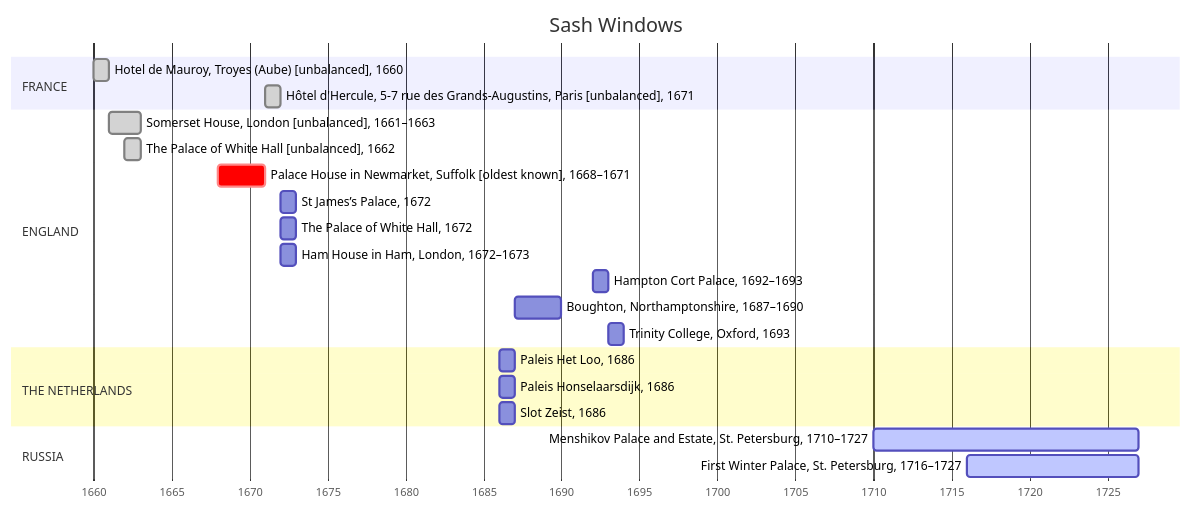
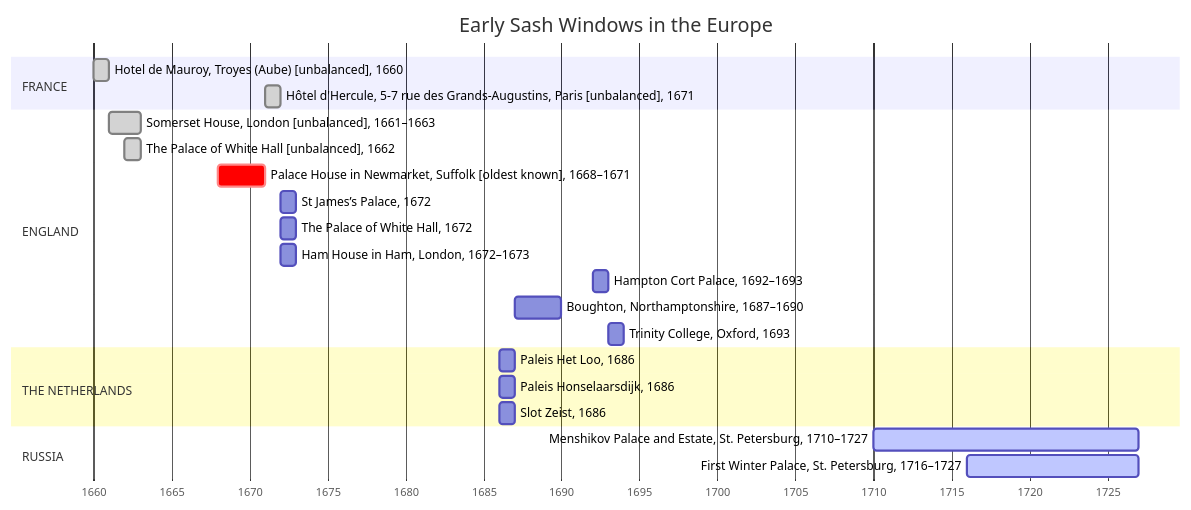
Before and after one commit to tropintropin/sash_windows: the diagram in TIMELINE_EARLY_SASH_WINDOWS.md, drawn with Mermaid. The commit also changed other lines of this file, not shown here.

````diff
--- a/TIMELINE_EARLY_SASH_WINDOWS.md
+++ b/TIMELINE_EARLY_SASH_WINDOWS.md
@@ -3,32 +3,32 @@
 ```mermaid
 gantt
-	title Sash Windows
+	title Early Sash Windows in the Europe
 	dateFormat YYYY
     axisFormat %Y
 
     section FRANCE
         Hotel de Mauroy, Troyes (Aube) [unbalanced], 1660                           : done, 1660, 1y
         Hôtel d'Hercule, 5-7 rue des Grands-Augustins, Paris [unbalanced], 1671     : done, 1671, 1y
 
 	section ENGLAND
         Somerset House, London [unbalanced], 1661–1663                              : done, 1661, 1663
 		The Palace of White Hall [unbalanced], 1662                                 : done, 1662, 1y
 		Palace House in Newmarket, Suffolk [oldest known], 1668–1671                : crit, 1668, 1671
         St James’s Palace, 1672                                                     : 1672, 1y
 		The Palace of White Hall, 1672                                              : 1672, 1y
         Ham House in Ham, London, 1672–1673                                         : 1672, 1673
 		Hampton Cort Palace, 1692–1693                                              : 1692, 1693
 		Boughton, Northamptonshire, 1687–1690                                       : 1687, 1690
 		Trinity College, Oxford, 1693                                               : 1693, 1y
 
     section THE NETHERLANDS
         Paleis Het Loo, 1686                                                        : 1686, 1y
         Paleis Honselaarsdijk, 1686                                                 : 1686, 1y
         Slot Zeist, 1686                                                            : 1686, 1y
 
     section RUSSIA
         Menshikov Palace and Estate, St. Petersburg, 1710–1727                      : active, 1710, 1727
         First Winter Palace, St. Petersburg, 1716–1727                              : active, 1716, 1727
 
 
 ```
````
